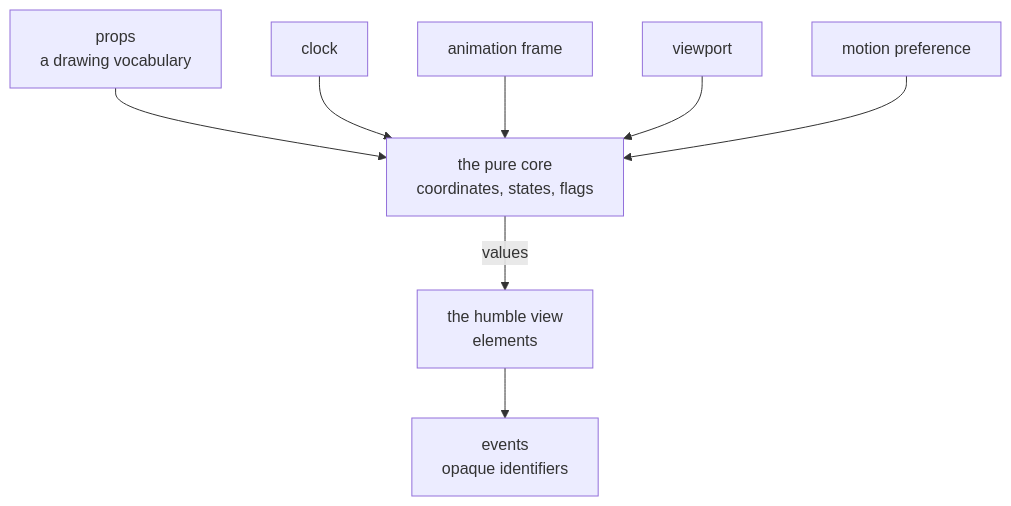
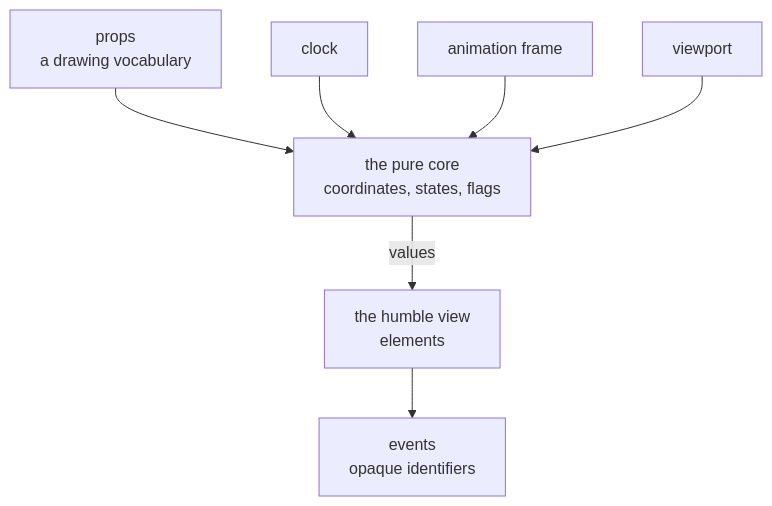
The diagram in docs/adr/0023-how-an-interface-component-is-built.md (jiva-studio/numen), drawn with Mermaid before and after one commit. The commit also changed other lines of this file and 70 other files, not shown here.

````diff
--- a/docs/adr/0023-how-an-interface-component-is-built.md
+++ b/docs/adr/0023-how-an-interface-component-is-built.md
@@ -40,20 +40,18 @@
 ```mermaid
 graph TD
     PR["props<br/>a drawing vocabulary"]
     CO["the pure core<br/>coordinates, states, flags"]
     VW["the humble view<br/>elements"]
     EV["events<br/>opaque identifiers"]
 
     CL["clock"]
     FR["animation frame"]
     VP["viewport"]
-    MO["motion preference"]
 
     PR --> CO
     CL --> CO
     FR --> CO
     VP --> CO
-    MO --> CO
     CO -- values --> VW
     VW --> EV
 ```
````
